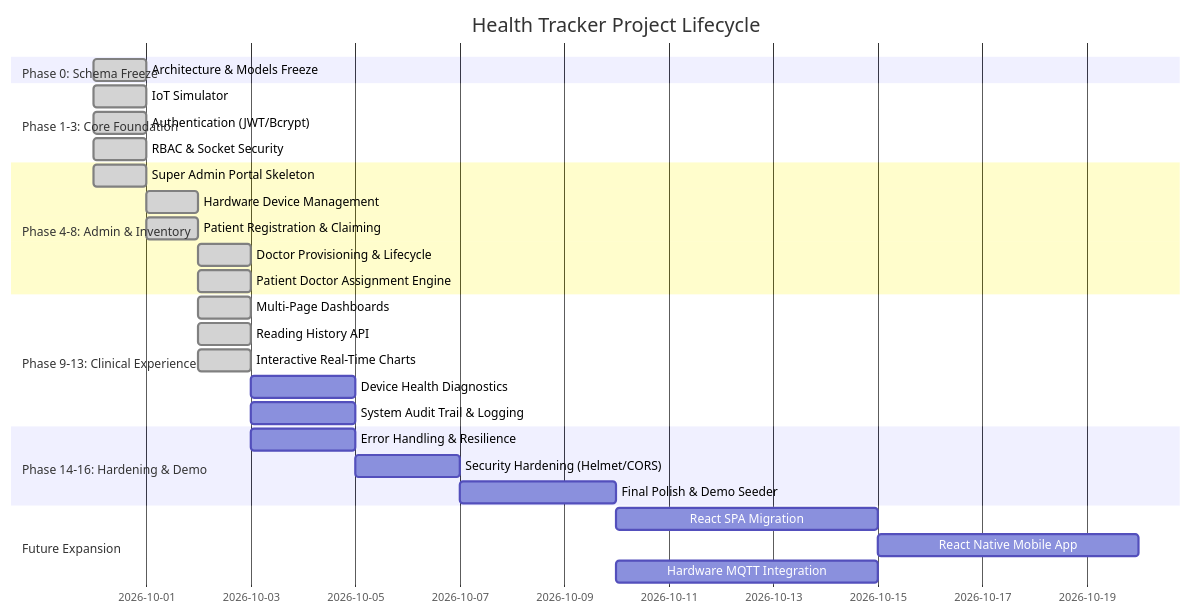
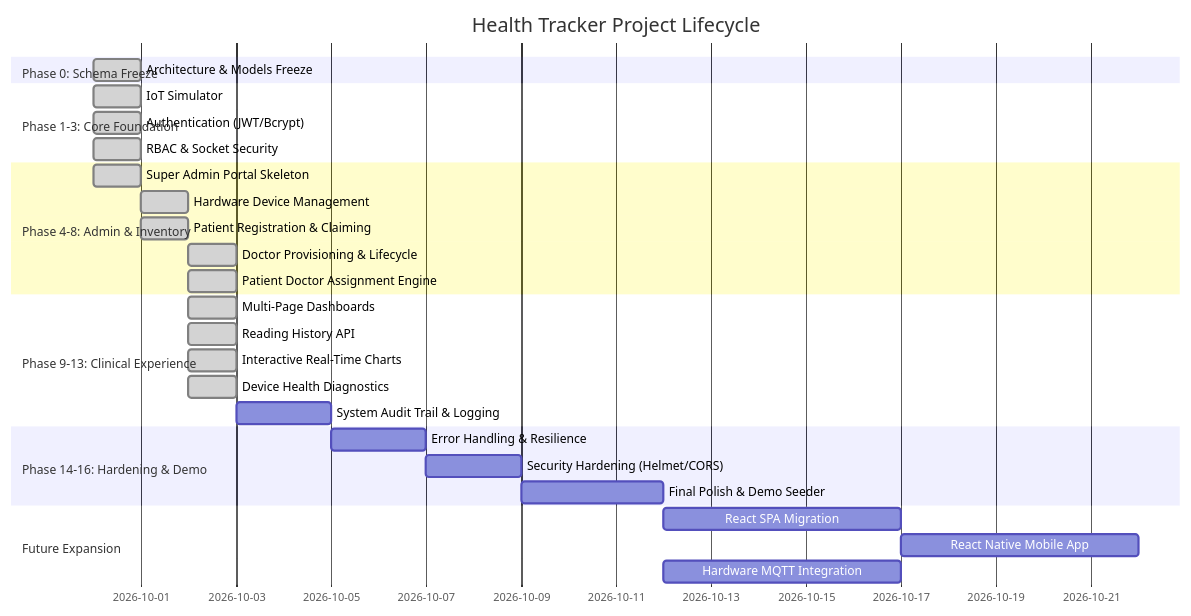
One commit to Rishi-Dev-pro/med-p changed the diagram in doc/HEALTH_TRACKER_PROGRESS.md. Above: the diagram before and after it, drawn with Mermaid. The commit also changed other lines of this file and 15 other files, not shown here.

Commit message:
feat: implement phase 12 device telemetry health dashboard

````diff
--- a/doc/HEALTH_TRACKER_PROGRESS.md
+++ b/doc/HEALTH_TRACKER_PROGRESS.md
@@ -24,31 +24,31 @@
 ```mermaid
 gantt
     title Health Tracker Project Lifecycle
     dateFormat  YYYY-MM-DD
     section Phase 0: Schema Freeze
     Architecture & Models Freeze       :done, p0, 2026-09-30, 1d
     section Phase 1-3: Core Foundation
     IoT Simulator                     :done, p1, 2026-09-30, 1d
     Authentication (JWT/Bcrypt)       :done, p2, 2026-09-30, 1d
     RBAC & Socket Security            :done, p3, 2026-09-30, 1d
     section Phase 4-8: Admin & Inventory
     Super Admin Portal Skeleton       :done, p4, 2026-09-30, 1d
     Hardware Device Management        :done, p5, 2026-10-01, 1d
     Patient Registration & Claiming   :done, p6, 2026-10-01, 1d
     Doctor Provisioning & Lifecycle   :done, p7, 2026-10-02, 1d
     Patient Doctor Assignment Engine  :done, p8, 2026-10-02, 1d
     section Phase 9-13: Clinical Experience
     Multi-Page Dashboards             :done, p9, 2026-10-02, 1d
     Reading History API               :done, p10, 2026-10-02, 1d
     Interactive Real-Time Charts      :done, p11, 2026-10-02, 1d
-    Device Health Diagnostics         :p12, after p9, 2d
-    System Audit Trail & Logging      :p13, after p8, 2d
+    Device Health Diagnostics         :done, p12, 2026-10-02, 1d
+    System Audit Trail & Logging      :p13, after p12, 2d
     section Phase 14-16: Hardening & Demo
-    Error Handling & Resilience       :p14, after p11, 2d
+    Error Handling & Resilience       :p14, after p13, 2d
     Security Hardening (Helmet/CORS)  :p15, after p14, 2d
     Final Polish & Demo Seeder        :p16, after p15, 3d
     section Future Expansion
     React SPA Migration               :p17, after p16, 5d
     React Native Mobile App           :p18, after p17, 5d
     Hardware MQTT Integration         :p19, after p16, 5d
 ```
````
